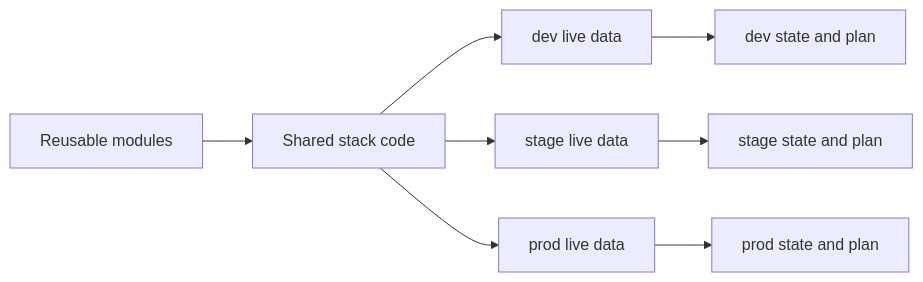
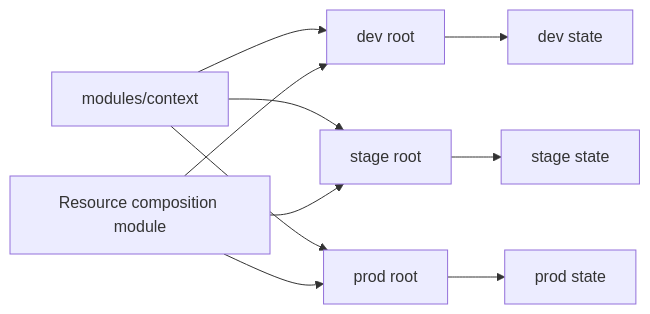
The diagram in docs/architecture.md (ziwon/opentofu-foundation-tempalte), drawn with Mermaid before and after one commit. The commit also changed other lines of this file and 498 other files, not shown here.

````diff
--- a/docs/architecture.md
+++ b/docs/architecture.md
@@ -9,10 +10,12 @@
 ```mermaid
 flowchart LR
-    M[Reusable modules] --> S[Shared stack code]
-    S --> D[dev live data]
-    S --> T[stage live data]
-    S --> P[prod live data]
-    D --> DS[dev state and plan]
-    T --> TS[stage state and plan]
-    P --> PS[prod state and plan]
+    C[modules/context] --> D[dev root]
+    C --> S[stage root]
+    C --> P[prod root]
+    M[Resource composition module] --> D
+    M --> S
+    M --> P
+    D --> DS[dev state]
+    S --> SS[stage state]
+    P --> PS[prod state]
 ```
````
